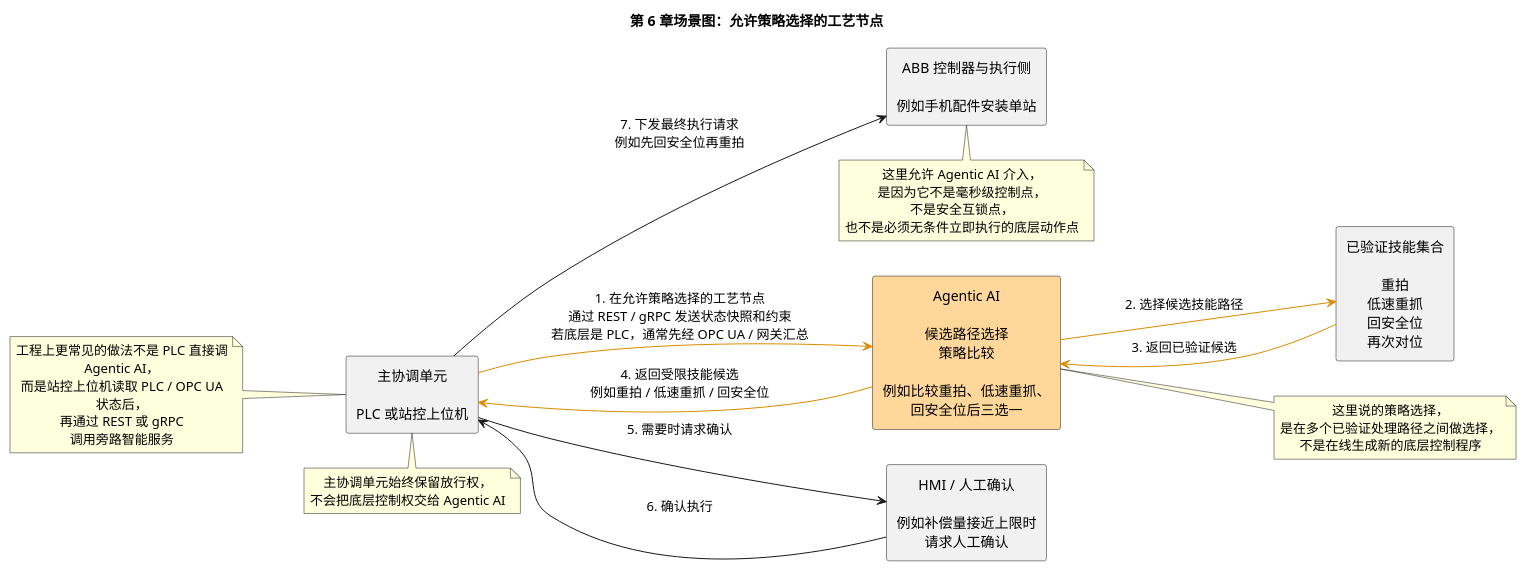
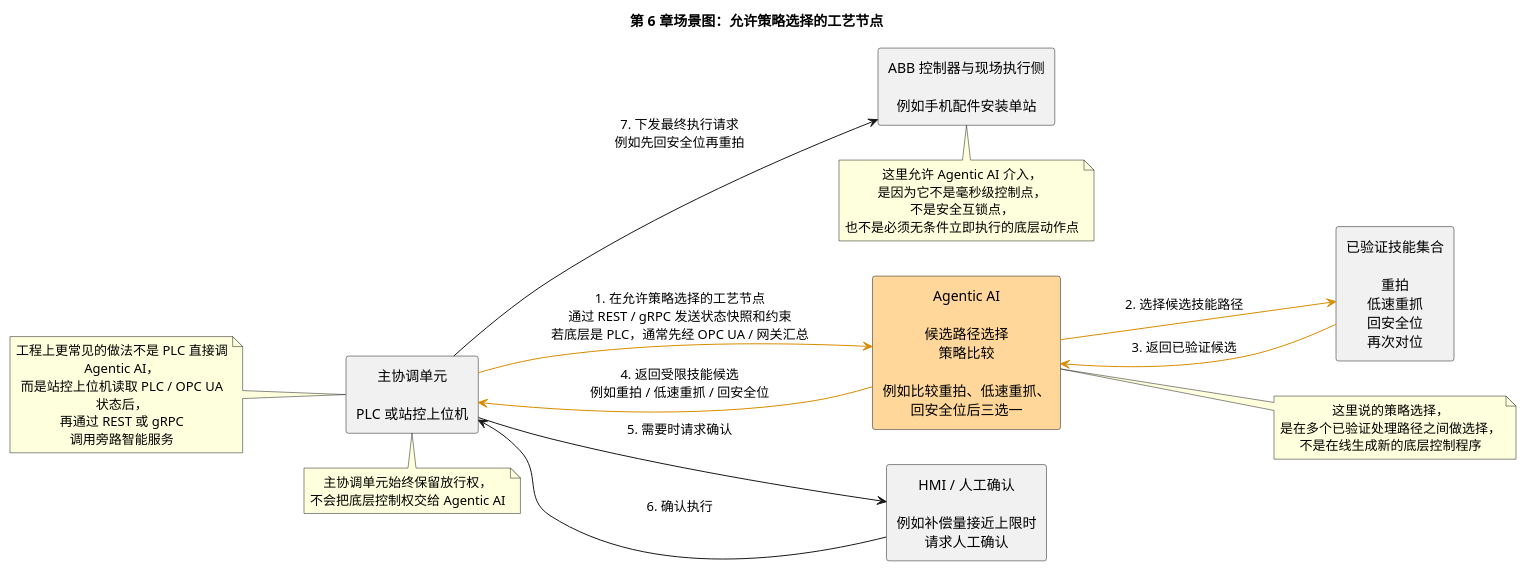
One commit to coolbeevip/coolbeevip.github.io changed the diagram in content/posts/embodied-ai/abb-isaac-agent-flexible-manufacturing-ai-first/diagrams/abb-isaac-agent-flexible-manufacturing-ai-first-06-noncritical-step-strategy-selection.puml. Above: the diagram before and after it, drawn with PlantUML. The commit also changed 2 other files, not shown here.

```diff
--- a/content/posts/embodied-ai/abb-isaac-agent-flexible-manufacturing-ai-first/diagrams/abb-isaac-agent-flexible-manufacturing-ai-first-06-noncritical-step-strategy-selection.puml
+++ b/content/posts/embodied-ai/abb-isaac-agent-flexible-manufacturing-ai-first/diagrams/abb-isaac-agent-flexible-manufacturing-ai-first-06-noncritical-step-strategy-selection.puml
@@ -1,46 +1,46 @@
 @startuml
 title 第 6 章场景图：允许策略选择的工艺节点
 left to right direction
 skinparam shadowing false
 skinparam packageStyle rectangle
 skinparam defaultTextAlignment center
 skinparam wrapWidth 220
 
 rectangle "主协调单元\n\nPLC 或站控上位机" as LOOP
 rectangle "Agentic AI\n\n候选路径选择\n策略比较\n\n例如比较重拍、低速重抓、\n回安全位后三选一" as APP #FFD79A
 rectangle "已验证技能集合\n\n重拍\n低速重抓\n回安全位\n再次对位" as SKILL
-rectangle "ABB 控制器与执行侧\n\n例如手机配件安装单站" as EXEC
+rectangle "ABB 控制器与现场执行侧\n\n例如手机配件安装单站" as EXEC
 rectangle "HMI / 人工确认\n\n例如补偿量接近上限时\n请求人工确认" as HMI
 
 LOOP -[#D98C00]-> APP : 1. 在允许策略选择的工艺节点\n通过 REST / gRPC 发送状态快照和约束\n若底层是 PLC，通常先经 OPC UA / 网关汇总
 APP -[#D98C00]-> SKILL : 2. 选择候选技能路径
 SKILL -[#D98C00]-> APP : 3. 返回已验证候选
 APP -[#D98C00]-> LOOP : 4. 返回受限技能候选\n例如重拍 / 低速重抓 / 回安全位
 LOOP --> HMI : 5. 需要时请求确认
 HMI --> LOOP : 6. 确认执行
 LOOP --> EXEC : 7. 下发最终执行请求\n例如先回安全位再重拍
 
 note bottom of LOOP
 主协调单元始终保留放行权，
 不会把底层控制权交给 Agentic AI
 end note
 
 note left of LOOP
 工程上更常见的做法不是 PLC 直接调 Agentic AI，
 而是站控上位机读取 PLC / OPC UA 状态后，
 再通过 REST 或 gRPC 调用旁路智能服务
 end note
 
 note right of APP
 这里说的策略选择，
 是在多个已验证处理路径之间做选择，
 不是在线生成新的底层控制程序
 end note
 
 note bottom of EXEC
 这里允许 Agentic AI 介入，
 是因为它不是毫秒级控制点，
 不是安全互锁点，
 也不是必须无条件立即执行的底层动作点
 end note
 @enduml
```
